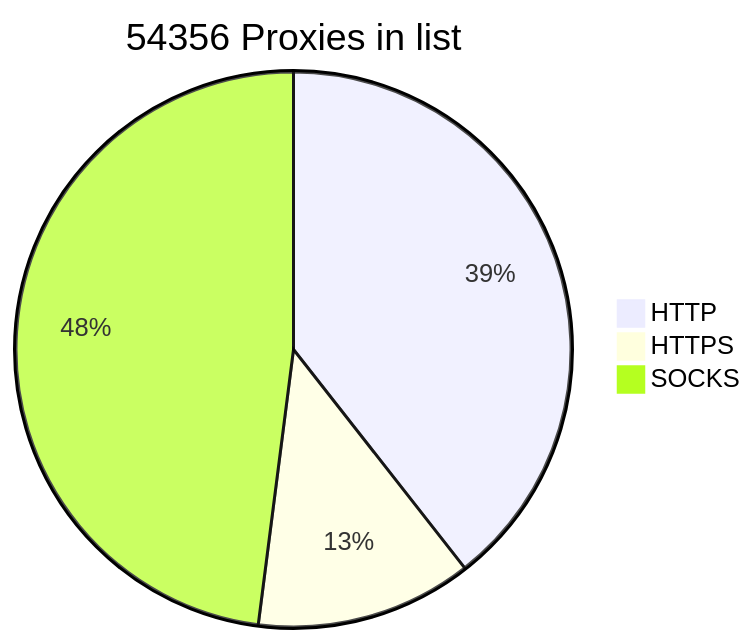
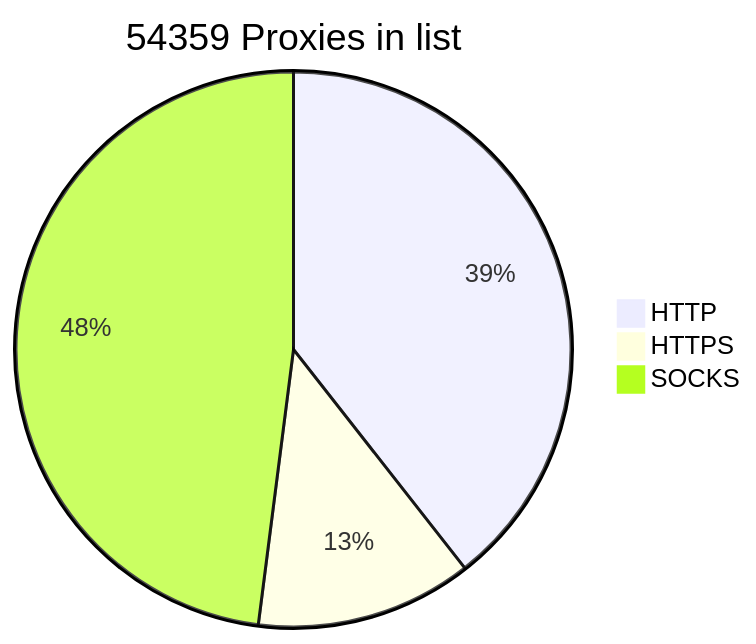
One commit to BlackSnowDot/proxylist-update-every-minute changed the diagram in README.md. Above: the diagram before and after it, drawn with Mermaid.

````diff
--- a/README.md
+++ b/README.md
@@ -2,6 +2,6 @@
 ```mermaid
-pie title 54356 Proxies in list
+pie title 54359 Proxies in list
     "HTTP" : 23997
     "HTTPS": 7674
-    "SOCKS" : 29201
+    "SOCKS" : 29204
 ```
````
